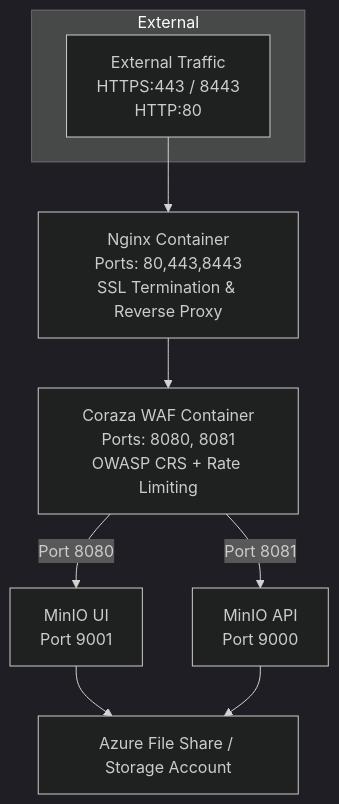
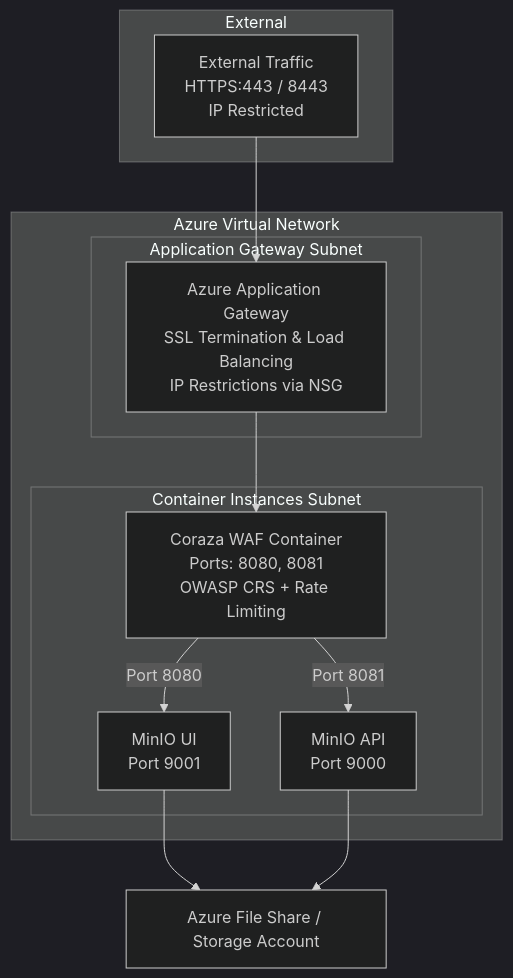
One commit to meshcloud/minio_azure_container_app changed the diagram in README.md. Above: the diagram before and after it, drawn with Mermaid (dark theme). The commit also changed other lines of this file and 6 other files, not shown here.

````diff
--- a/README.md
+++ b/README.md
@@ -9,16 +9,27 @@
 ```mermaid
 flowchart TD
     subgraph External
-        A[External Traffic<br>HTTPS:443 / 8443<br>HTTP:80]
+        A[External Traffic<br>HTTPS:443 / 8443<br>IP Restricted]
     end
 
-    A --> B[Nginx Container<br>Ports: 80,443,8443<br>SSL Termination & Reverse Proxy]
+    A --> B[Azure Application Gateway<br>SSL Termination & Load Balancing<br>IP Restrictions via NSG]
 
     B --> C[Coraza WAF Container<br>Ports: 8080, 8081<br>OWASP CRS + Rate Limiting]
 
     C -->|Port 8080| E[MinIO UI<br>Port 9001]
     C -->|Port 8081| F[MinIO API<br>Port 9000]
 
     E --> G[Azure File Share / Storage Account]
     F --> G
+
+    subgraph "Azure Virtual Network"
+        subgraph "Application Gateway Subnet"
+            B
+        end
+        subgraph "Container Instances Subnet"
+            C
+            E
+            F
+        end
+    end
 ```
````
